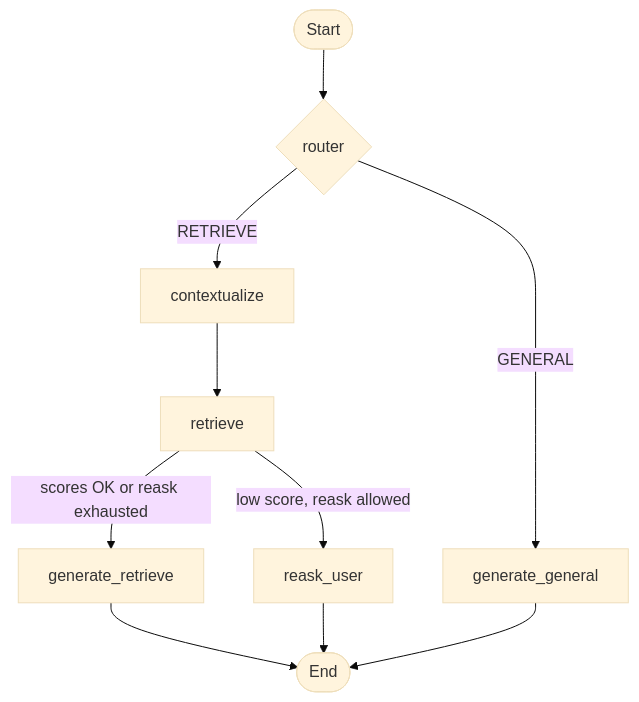
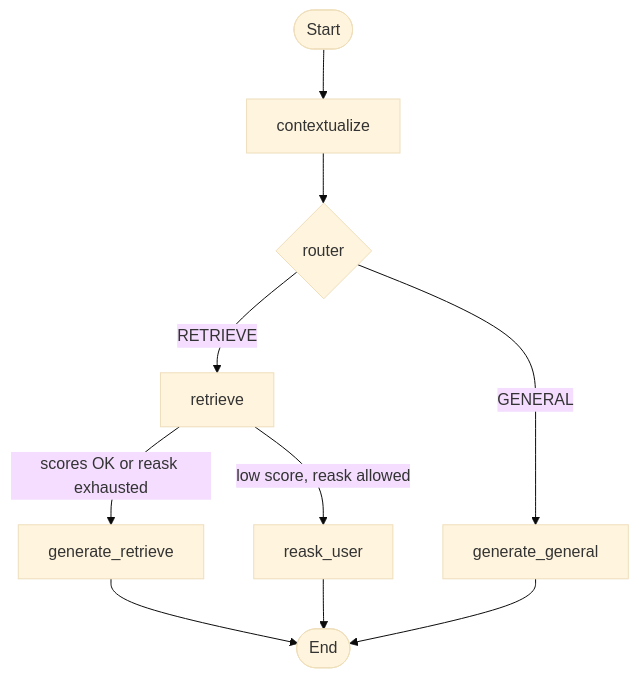
The diagram in README.md (cberdejo/movie_recommendator), drawn with Mermaid (base theme) before and after one commit. The commit also changed other lines of this file and 3 other files, not shown here.

````diff
--- a/README.md
+++ b/README.md
@@ -180,12 +180,12 @@
 ```mermaid
 flowchart TD
-    START([Start]) --> router{router}
-    router -->|RETRIEVE| contextualize[contextualize]
+    START([Start]) --> contextualize[contextualize]
+    contextualize --> router{router}
+    router -->|RETRIEVE| retrieve[retrieve]
     router -->|GENERAL| generate_general[generate_general]
-    contextualize --> retrieve[retrieve]
     retrieve -->|scores OK or reask exhausted| generate_retrieve[generate_retrieve]
     retrieve -->|low score, reask allowed| reask_user[reask_user]
     generate_retrieve --> Finish([End])
     generate_general --> Finish
     reask_user --> Finish
 ```
````
